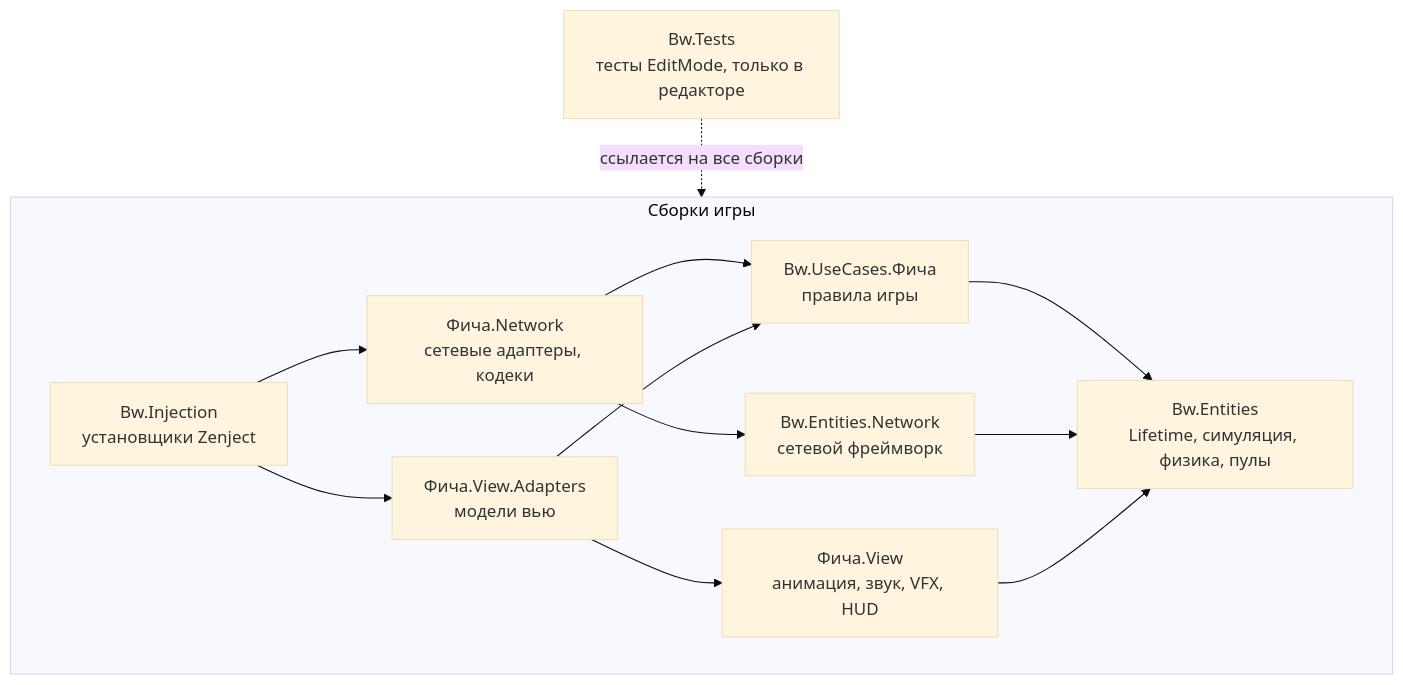
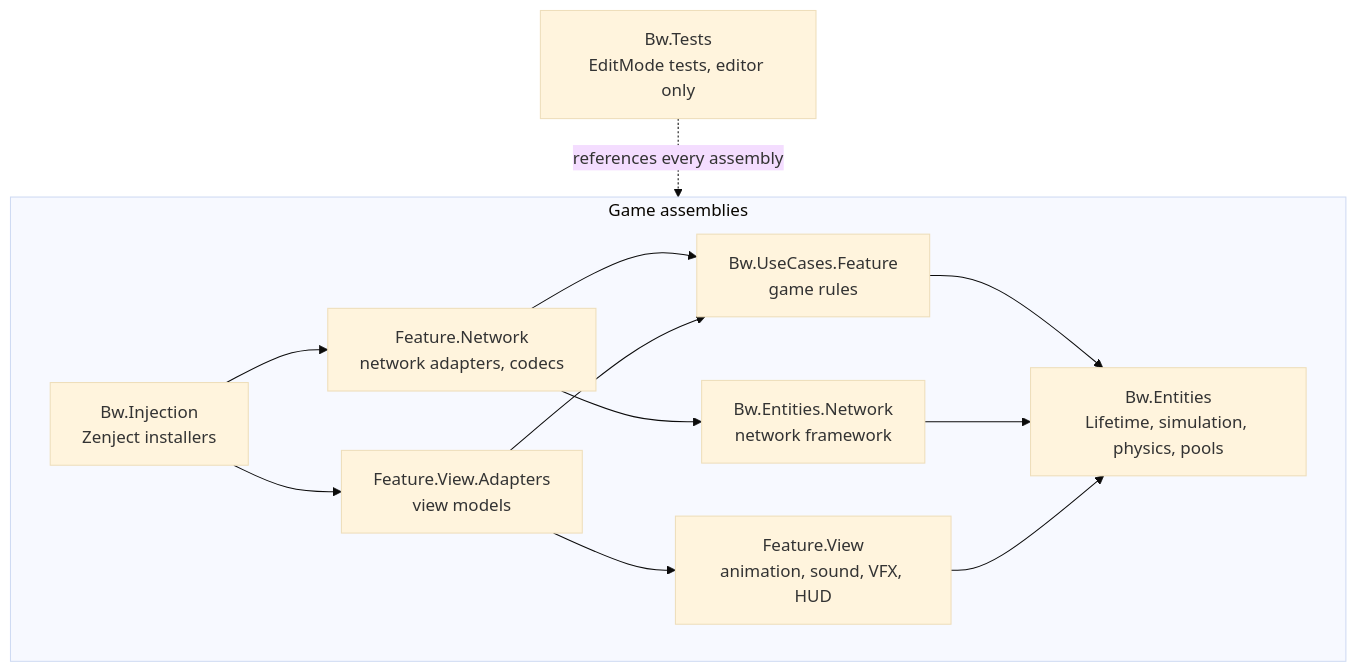
Before and after one commit to pndte/match-please: the second of 8 diagrams in README.md, drawn with Mermaid (base theme). The commit also changed other lines of this file, not shown here.

````diff
--- a/README.md
+++ b/README.md
@@ -327,24 +337,24 @@
 ```mermaid
 flowchart TB
-    Tests["Bw.Tests<br/>тесты EditMode, только в редакторе"]
-    subgraph Game["Сборки игры"]
-        Injection["Bw.Injection<br/>установщики Zenject"]
-        Network["Фича.Network<br/>сетевые адаптеры, кодеки"]
-        Adapters["Фича.View.Adapters<br/>модели вью"]
-        View["Фича.View<br/>анимация, звук, VFX, HUD"]
-        Core["Bw.UseCases.Фича<br/>правила игры"]
-        NetFw["Bw.Entities.Network<br/>сетевой фреймворк"]
-        Entities["Bw.Entities<br/>Lifetime, симуляция, физика, пулы"]
+    Tests["Bw.Tests<br/>EditMode tests, editor only"]
+    subgraph Game["Game assemblies"]
+        Injection["Bw.Injection<br/>Zenject installers"]
+        Network["Feature.Network<br/>network adapters, codecs"]
+        Adapters["Feature.View.Adapters<br/>view models"]
+        View["Feature.View<br/>animation, sound, VFX, HUD"]
+        Core["Bw.UseCases.Feature<br/>game rules"]
+        NetFw["Bw.Entities.Network<br/>network framework"]
+        Entities["Bw.Entities<br/>Lifetime, simulation, physics, pools"]
     end
 
-    Tests -.->|ссылается на все сборки| Game
+    Tests -.->|references every assembly| Game
     Injection --> Network
     Injection --> Adapters
     Network --> Core
     Network --> NetFw
     Adapters --> Core
     Adapters --> View
     Core --> Entities
     NetFw --> Entities
     View --> Entities
 ```
````
